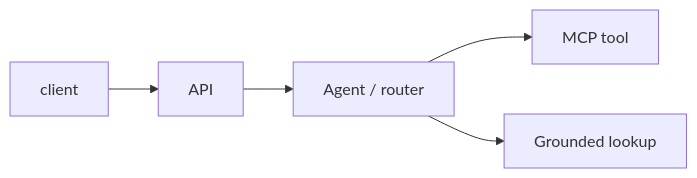
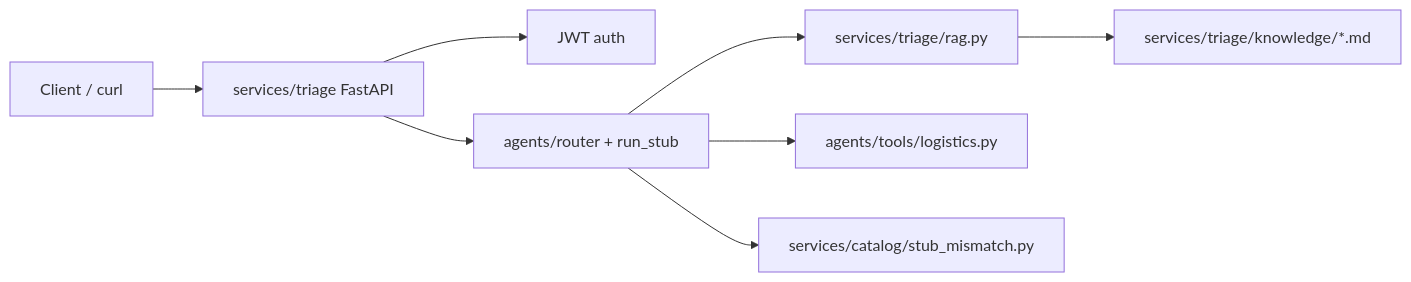
The diagram in docs/architecture.md (Sammy-CK/WEEK-11-CAPSTONE-PROJECT), drawn with Mermaid before and after one commit. The commit also changed other lines of this file and 14 other files, not shown here.

````diff
--- a/docs/architecture.md
+++ b/docs/architecture.md
@@ -5,7 +5,10 @@
 ```mermaid
 flowchart LR
-  client --> api[API]
-  api --> agent[Agent / router]
-  agent --> tool[MCP tool]
-  agent --> rag[Grounded lookup]
+  client[Client / curl] --> api[services/triage FastAPI]
+  api --> auth[JWT auth]
+  api --> agent[agents/router + run_stub]
+  agent --> rag[services/triage/rag.py]
+  agent --> tool[agents/tools/logistics.py]
+  agent --> cat[services/catalog/stub_mismatch.py]
+  rag --> docs[services/triage/knowledge/*.md]
 ```
````
